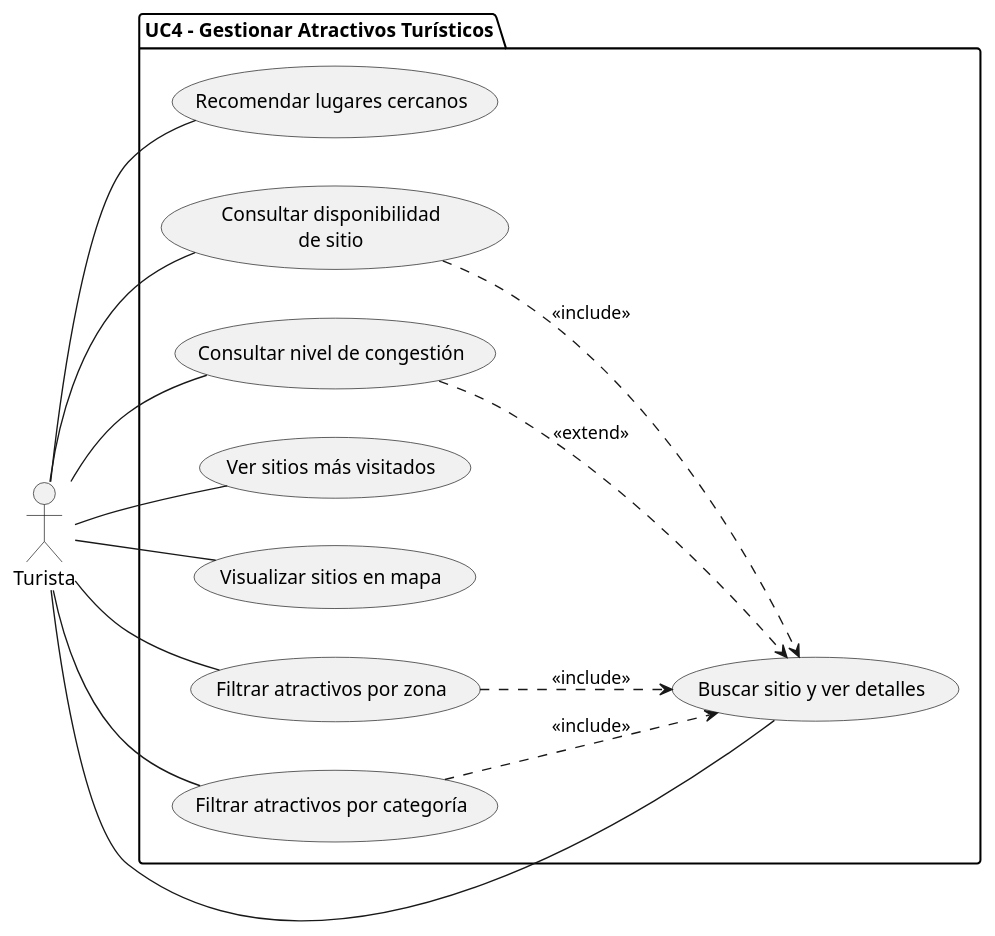
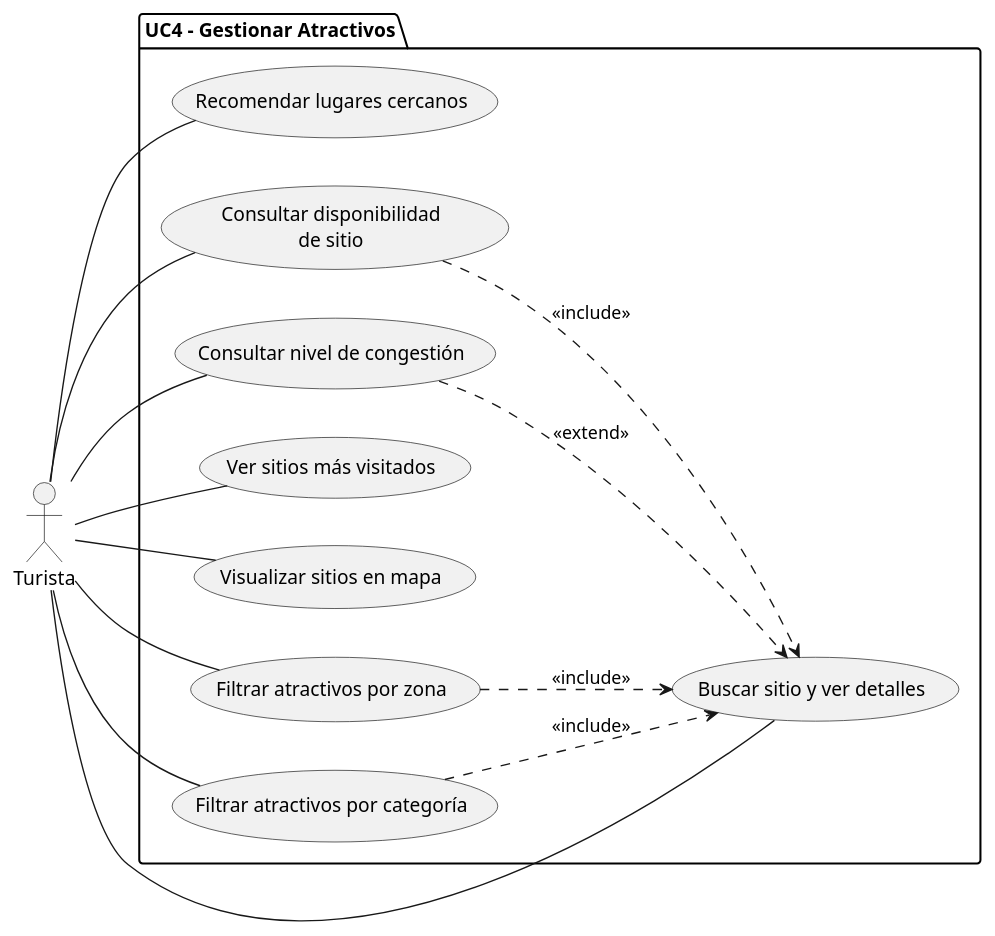
One commit to xdark-nessx20/SM-Xplore changed the diagram in docs/modelos/uc-lvl-1/gestionar-atractivos/turista-diagrama.puml. Above: the diagram before and after it, drawn with PlantUML.

```diff
--- a/docs/modelos/uc-lvl-1/gestionar-atractivos/turista-diagrama.puml
+++ b/docs/modelos/uc-lvl-1/gestionar-atractivos/turista-diagrama.puml
@@ -1,31 +1,31 @@
 @startuml
 left to right direction
 
 actor Turista as T
 
-package "UC4 - Gestionar Atractivos Turísticos" {
+package "UC4 - Gestionar Atractivos" {
     usecase "Buscar sitio y ver detalles" as UC1
     usecase "Recomendar lugares cercanos" as UC2
     usecase "Consultar disponibilidad\nde sitio" as UC3
     usecase "Consultar nivel de congestión" as UC4
     usecase "Ver sitios más visitados" as UC5
     usecase "Visualizar sitios en mapa" as UC6
     usecase "Filtrar atractivos por zona" as UC7
     usecase "Filtrar atractivos por categoría" as UC8
 }
 
 T -- UC1
 T -- UC2
 T -- UC3
 T -- UC4
 T -- UC5
 T -- UC6
 T -- UC7
 T -- UC8
 
 UC3 ..> UC1 : <<include>>
 UC4 ..> UC1 : <<extend>>
 UC7 ..> UC1 : <<include>>
 UC8 ..> UC1 : <<include>>
 
 @enduml
```
